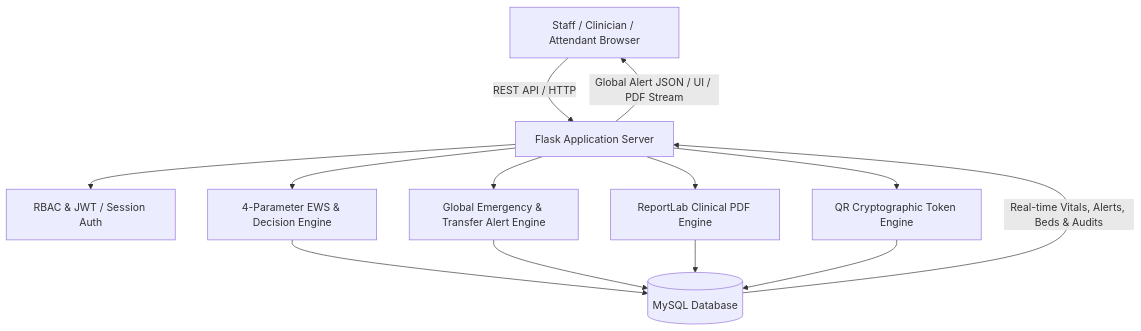
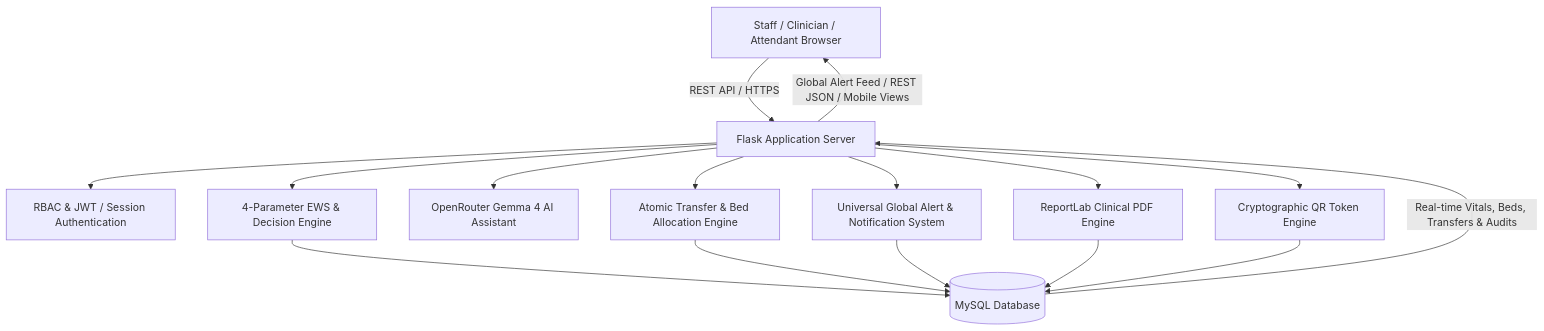
The diagram in Jeevan-Setu-Final/README.md (Thanush505/Jeevan-Setu), drawn with Mermaid before and after one commit. The commit also changed other lines of this file and 1 other file, not shown here.

Commit message:
docs(readme): update comprehensive documentation with AI reasoning, doctor authorization, and atomic transfer workflow

````diff
--- a/Jeevan-Setu-Final/README.md
+++ b/Jeevan-Setu-Final/README.md
@@ -114,15 +108,20 @@
 ```mermaid
 graph TD
-    A[Staff / Clinician / Attendant Browser] -->|REST API / HTTP| B[Flask Application Server]
-    B --> C[RBAC & JWT / Session Auth]
+    A[Staff / Clinician / Attendant Browser] -->|REST API / HTTPS| B[Flask Application Server]
+    B --> C[RBAC & JWT / Session Authentication]
     B --> D[4-Parameter EWS & Decision Engine]
-    B --> E[Global Emergency & Transfer Alert Engine]
-    B --> F[ReportLab Clinical PDF Engine]
-    B --> G[QR Cryptographic Token Engine]
-    D --> H[(MySQL Database)]
-    E --> H
-    F --> H
-    G --> H
-    H -->|Real-time Vitals, Alerts, Beds & Audits| B
-    B -->|Global Alert JSON / UI / PDF Stream| A
+    B --> E[OpenRouter Gemma 4 AI Assistant]
+    B --> F[Atomic Transfer & Bed Allocation Engine]
+    B --> G[Universal Global Alert & Notification System]
+    B --> H[ReportLab Clinical PDF Engine]
+    B --> I[Cryptographic QR Token Engine]
+    
+    D --> DB[(MySQL Database)]
+    F --> DB
+    G --> DB
+    H --> DB
+    I --> DB
+    
+    DB -->|Real-time Vitals, Beds, Transfers & Audits| B
+    B -->|Global Alert Feed / REST JSON / Mobile Views| A
 ```
````
